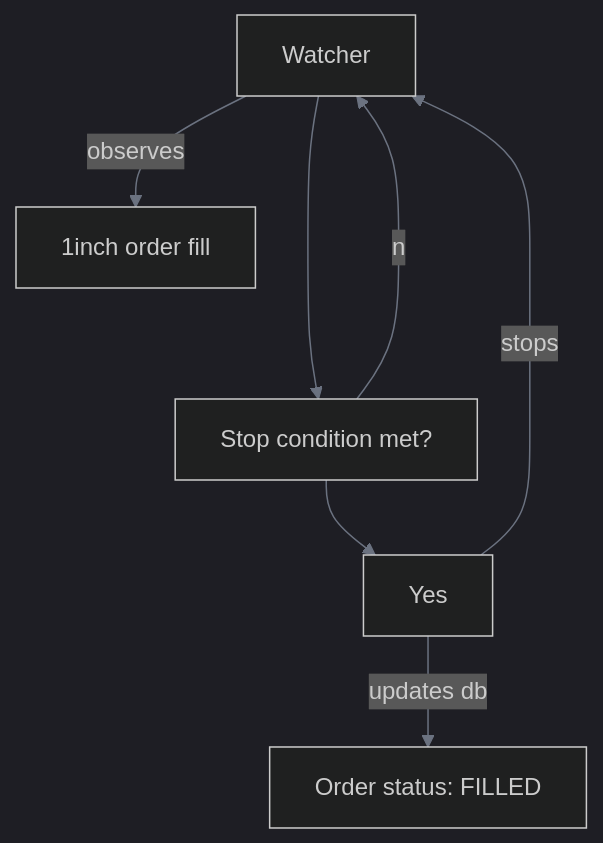
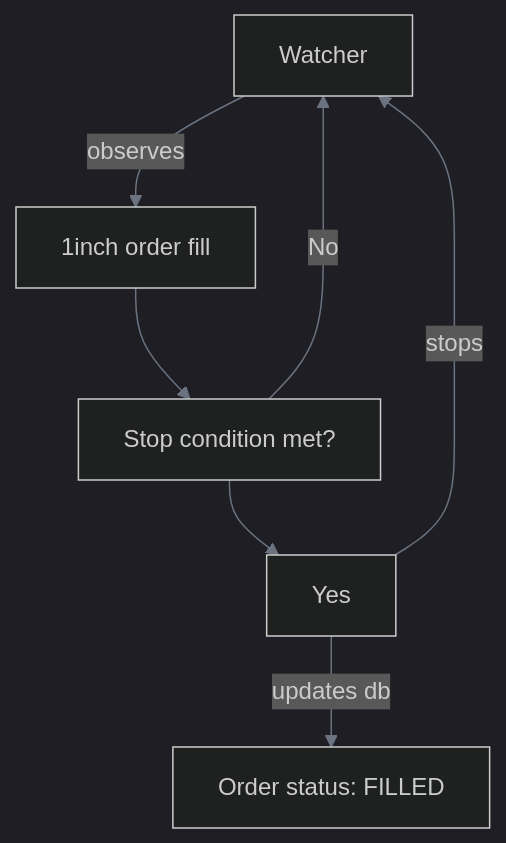
The fourth of 4 diagrams in docs/1edge/order-lifecycle.md (pde-rent/1edge), drawn with Mermaid before and after one commit. The commit also changed other lines of this file and 25 other files, not shown here.

````diff
--- a/docs/1edge/order-lifecycle.md
+++ b/docs/1edge/order-lifecycle.md
@@ -64,9 +65,9 @@
 ```mermaid
 %%{init: {'theme':'dark', 'themeVariables': {'primaryColor':'#22c55e','background':'transparent','primaryBorderColor':'#22c55e','lineColor':'#6b7280','sectionBkgColor':'transparent','altSectionBkgColor':'transparent','clusterBkg':'transparent','clusterBorder':'#6b7280'}}}%%
 graph TD
     A[Watcher] --"observes"--> B[1inch order fill]
-    A --> C[Stop condition met?]
+    B --> C[Stop condition met?]
     C --> D[Yes] --stops--> A
-    C --no--> A
+    C --"No"--> A
     D --updates db--> F[Order status: FILLED]
 ```
````
